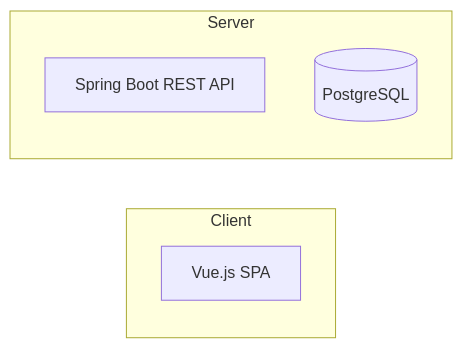
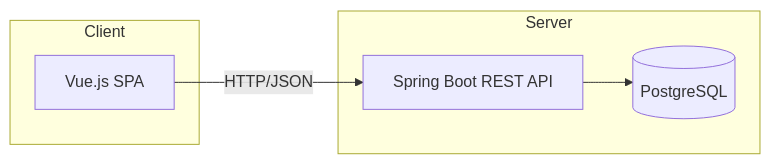
Before and after one commit to xoanmc/tfg-barber-manager: the diagram in README.md, drawn with Mermaid.

````diff
--- a/README.md
+++ b/README.md
@@ -40,11 +39,15 @@
 ```mermaid
 flowchart LR
   subgraph Client
     UI[Vue.js SPA]
   end
 
   subgraph Server
     API[Spring Boot REST API]
     DB[(PostgreSQL)]
   end
+
+
+  UI -->|HTTP/JSON| API
+  API --> DB
 ```
````
